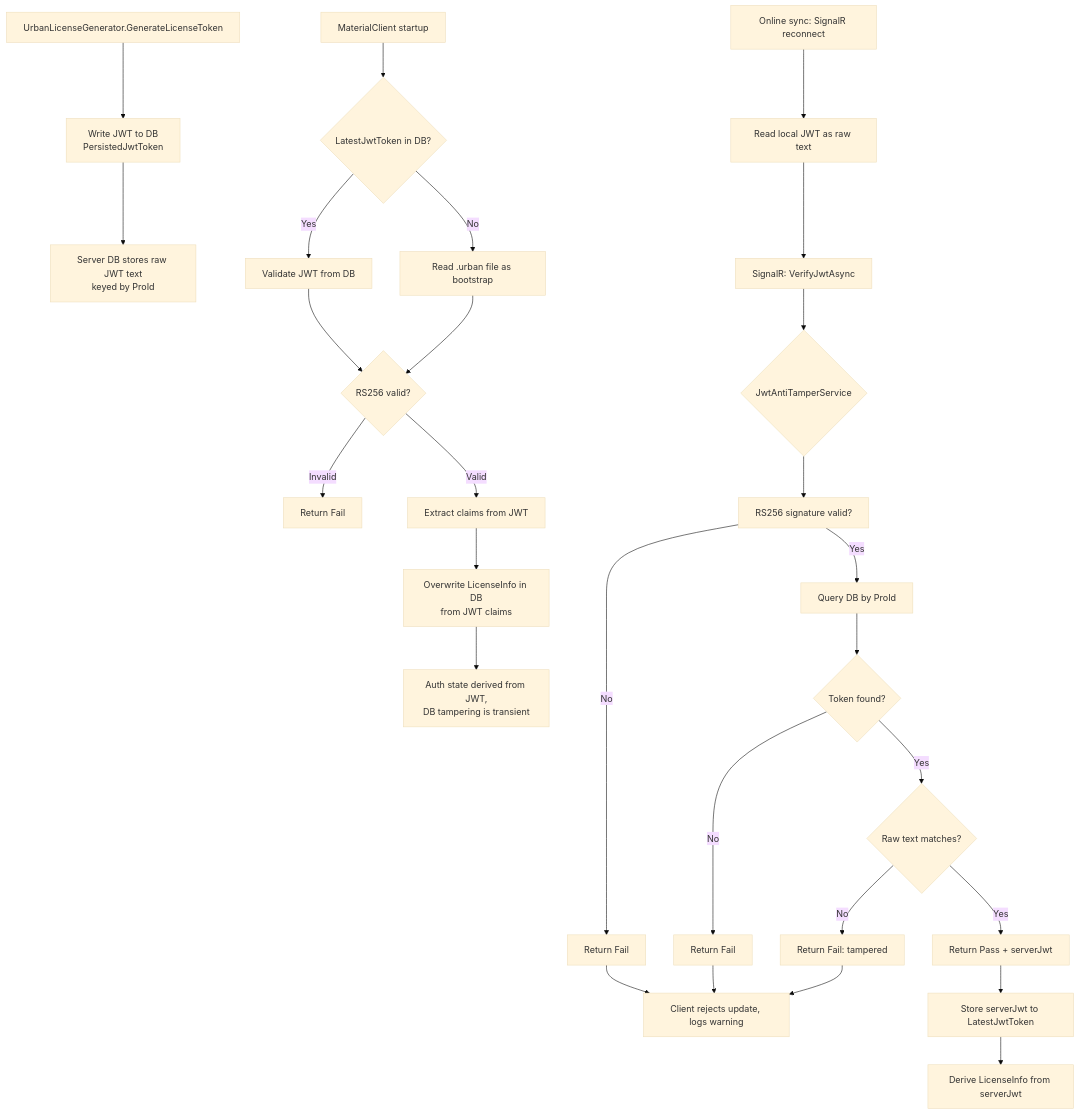
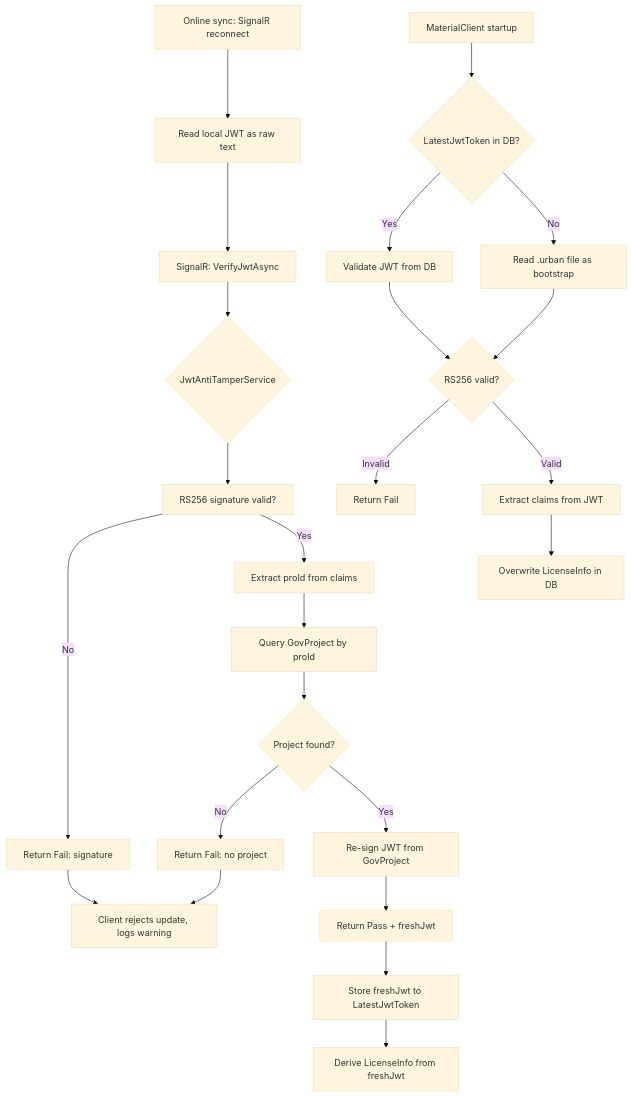
The second of 2 diagrams in openspec/changes/urban-auth-jwt-anti-tamper-persistence/design.md (feewillowherb/MaterialMonospec), drawn with Mermaid (base theme) before and after one commit. The commit also changed other lines of this file and 5 other files, not shown here.

````diff
--- a/openspec/changes/urban-auth-jwt-anti-tamper-persistence/design.md
+++ b/openspec/changes/urban-auth-jwt-anti-tamper-persistence/design.md
@@ -188,33 +161,28 @@
 ```mermaid
 flowchart TD
-    A[UrbanLicenseGenerator.GenerateLicenseToken] --> B[Write JWT to DB<br/>PersistedJwtToken]
-    B --> C[Server DB stores raw JWT text<br/>keyed by ProId]
+    D[Online sync: SignalR reconnect] --> E[Read local JWT as raw text]
+    E --> F[SignalR: VerifyJwtAsync]
+    F --> G{JwtAntiTamperService}
+    G --> H[RS256 signature valid?]
+    H -->|No| I[Return Fail: signature]
+    H -->|Yes| J[Extract proId from claims]
+    J --> K[Query GovProject by proId]
+    K --> L{Project found?}
+    L -->|No| M[Return Fail: no project]
+    L -->|Yes| N[Re-sign JWT from GovProject]
+    N --> O[Return Pass + freshJwt]
+    O --> P[Store freshJwt to LatestJwtToken]
+    P --> Q[Derive LicenseInfo from freshJwt]
 
-    D[MaterialClient startup] --> E{LatestJwtToken in DB?}
-    E -->|Yes| F[Validate JWT from DB]
-    E -->|No| G[Read .urban file as bootstrap]
-    F --> H{RS256 valid?}
-    G --> H
-    H -->|Invalid| I[Return Fail]
-    H -->|Valid| J[Extract claims from JWT]
-    J --> K[Overwrite LicenseInfo in DB<br/>from JWT claims]
-    K --> L[Auth state derived from JWT,<br/>DB tampering is transient]
+    I --> R[Client rejects update, logs warning]
+    M --> R
 
-    M[Online sync: SignalR reconnect] --> N[Read local JWT as raw text]
-    N --> O[SignalR: VerifyJwtAsync]
-    O --> P{JwtAntiTamperService}
-    P --> Q[RS256 signature valid?]
-    Q -->|No| R[Return Fail]
-    Q -->|Yes| S[Query DB by ProId]
-    S --> T{Token found?}
-    T -->|No| U[Return Fail]
-    T -->|Yes| V{Raw text matches?}
-    V -->|No| W[Return Fail: tampered]
-    V -->|Yes| X[Return Pass + serverJwt]
-    X --> Y[Store serverJwt to LatestJwtToken]
-    Y --> Z[Derive LicenseInfo from serverJwt]
-
-    R --> AA[Client rejects update, logs warning]
-    U --> AA
-    W --> AA
+    S[MaterialClient startup] --> T{LatestJwtToken in DB?}
+    T -->|Yes| U[Validate JWT from DB]
+    T -->|No| V[Read .urban file as bootstrap]
+    U --> W{RS256 valid?}
+    V --> W
+    W -->|Invalid| X[Return Fail]
+    W -->|Valid| Y[Extract claims from JWT]
+    Y --> Z[Overwrite LicenseInfo in DB]
 ```
````
